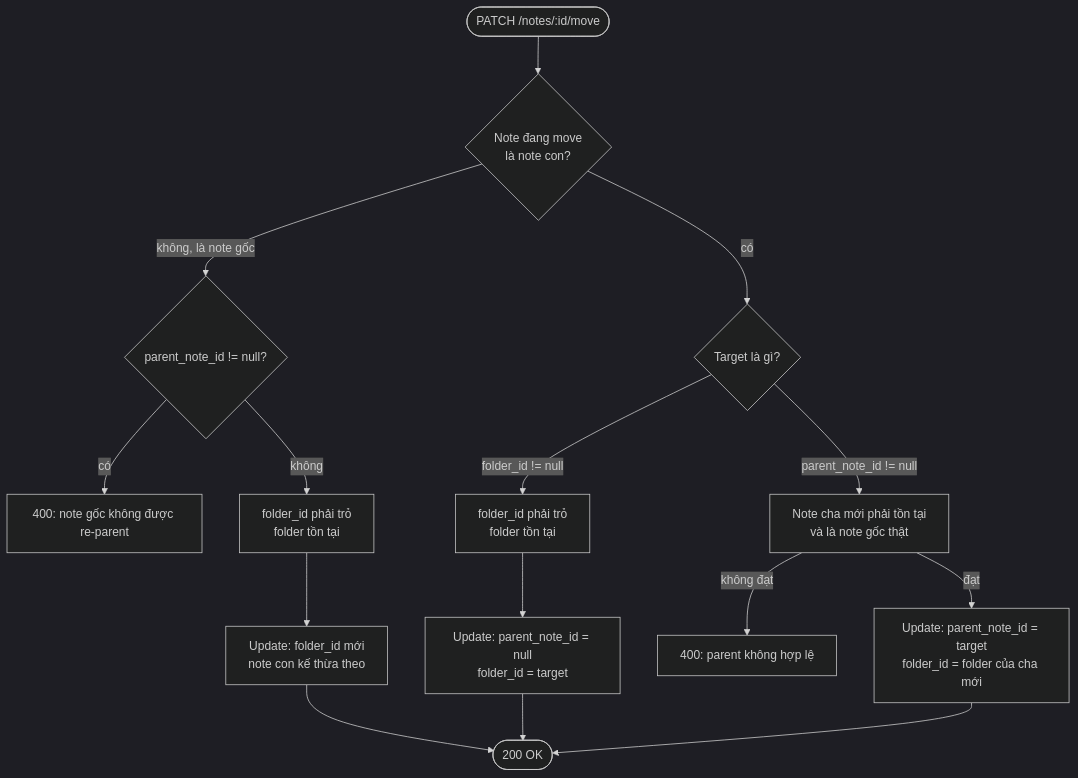
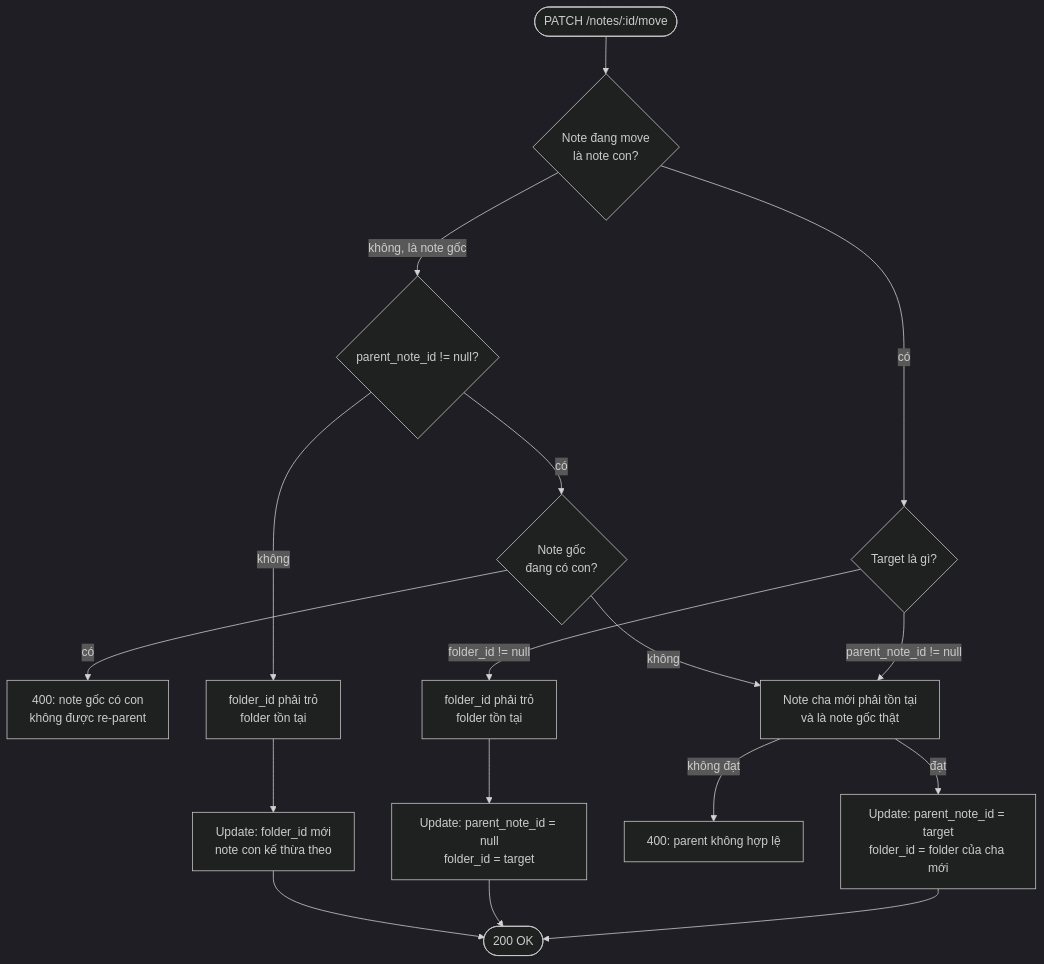
One commit to ngtrthvu3007/nodus changed the diagram in docs/frd/FRD-move-note.md. Above: the diagram before and after it, drawn with Mermaid (dark theme). The commit also changed other lines of this file and 18 other files, not shown here.

````diff
--- a/docs/frd/FRD-move-note.md
+++ b/docs/frd/FRD-move-note.md
@@ -15,18 +15,20 @@
 ```mermaid
 flowchart TD
     Start([PATCH /notes/:id/move]) --> IsChild{Note đang move<br/>là note con?}
 
     IsChild -- không, là note gốc --> ParentSent{parent_note_id != null?}
-    ParentSent -- có --> ErrRootNoReparent[400: note gốc không được re-parent]
+    ParentSent -- có --> HasChildren{Note gốc<br/>đang có con?}
+    HasChildren -- có --> ErrRootNoReparent[400: note gốc có con<br/>không được re-parent]
+    HasChildren -- không --> CheckParent
     ParentSent -- không --> CheckFolderA[folder_id phải trỏ<br/>folder tồn tại]
     CheckFolderA --> UpdateA[Update: folder_id mới<br/>note con kế thừa theo]
 
     IsChild -- có --> Target{Target là gì?}
     Target -- folder_id != null --> CheckFolderB[folder_id phải trỏ<br/>folder tồn tại]
     CheckFolderB --> UpdateB[Update: parent_note_id = null<br/>folder_id = target]
     Target -- parent_note_id != null --> CheckParent[Note cha mới phải tồn tại<br/>và là note gốc thật]
     CheckParent -- không đạt --> ErrParent[400: parent không hợp lệ]
     CheckParent -- đạt --> UpdateC[Update: parent_note_id = target<br/>folder_id = folder của cha mới]
 
     UpdateA & UpdateB & UpdateC --> Done([200 OK])
 ```
````
